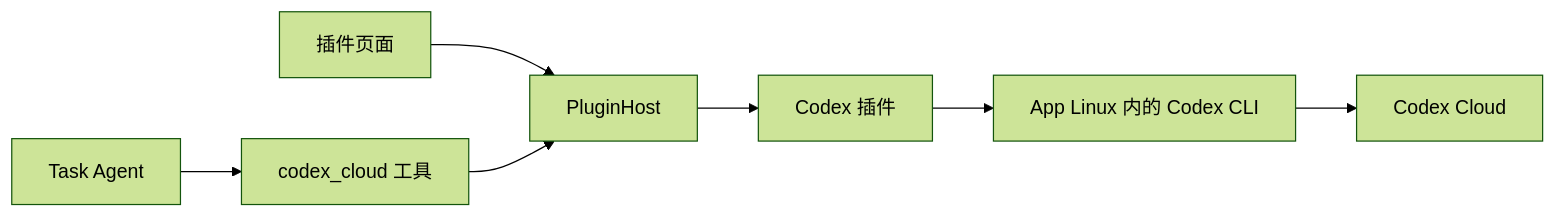
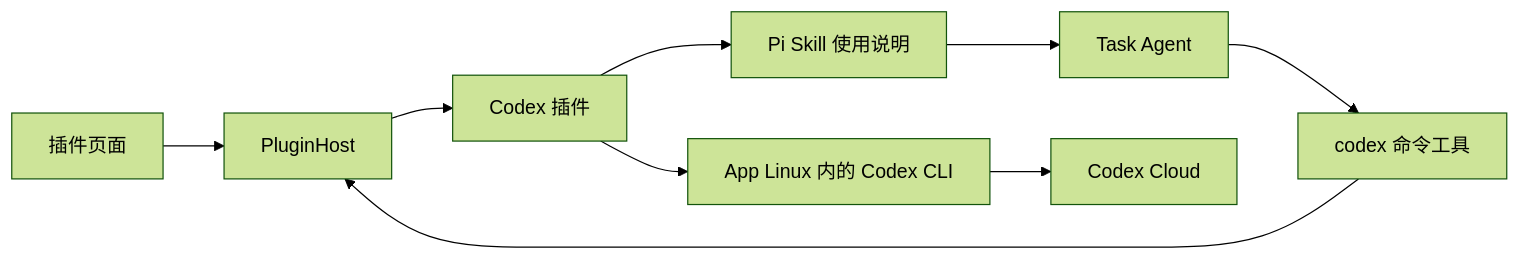
The diagram in docs/plans/plugin-system-and-codex-cloud-plan.md (GrinZero/super-looi), drawn with Mermaid (forest theme) before and after one commit. The commit also changed other lines of this file and 1 other file, not shown here.

Commit message:
docs: open Codex plugin command interface

````diff
--- a/docs/plans/plugin-system-and-codex-cloud-plan.md
+++ b/docs/plans/plugin-system-and-codex-cloud-plan.md
@@ -7,9 +7,11 @@
 ```mermaid
 flowchart LR
   U[插件页面] --> H[PluginHost]
-  A[Task Agent] --> T[codex_cloud 工具]
+  P[Codex 插件] --> S[Pi Skill 使用说明]
+  S --> A[Task Agent]
+  A --> T[codex 命令工具]
   T --> H
-  H --> P[Codex 插件]
+  H --> P
   P --> L[App Linux 内的 Codex CLI]
   L --> C[Codex Cloud]
 ```
````
